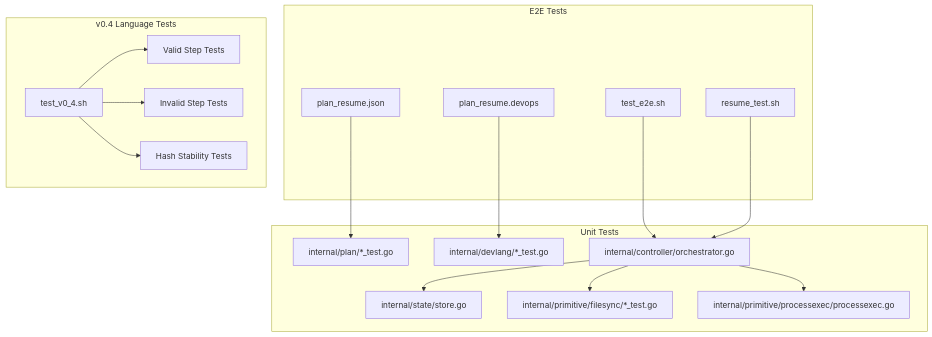
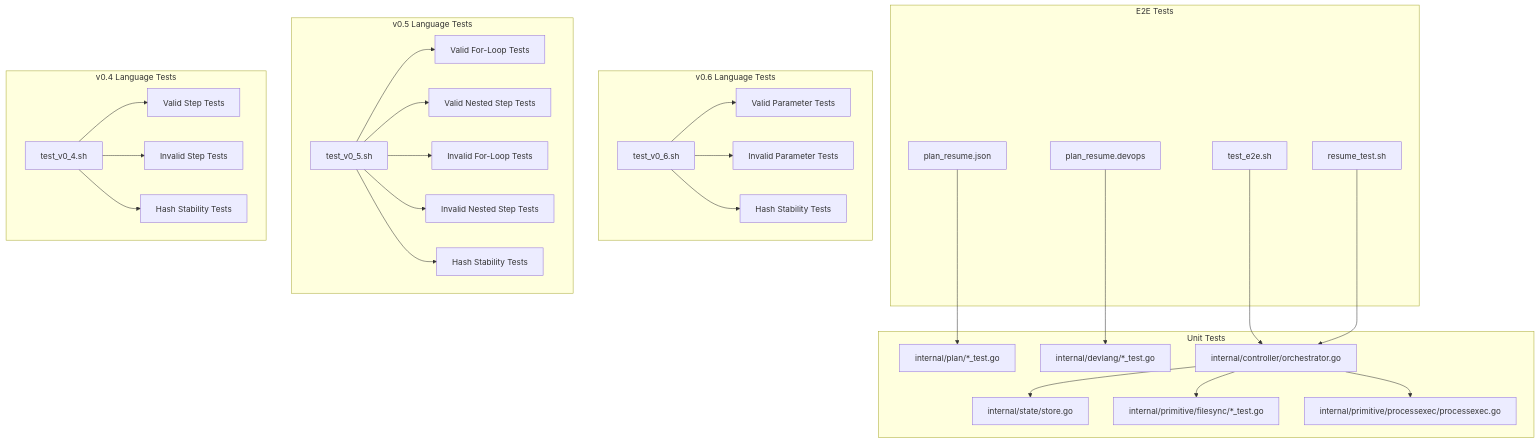
The first of 12 diagrams in .qoder/repowiki/en/content/Testing and Validation.md (ahmednour1430464/dotdevops), drawn with Mermaid before and after one commit. The commit also changed other lines of this file and 12 other files, not shown here.

First line of the commit message:
feat(devlang): add v0.5 for-loop and nested step support

````diff
--- a/.qoder/repowiki/en/content/Testing and Validation.md
+++ b/.qoder/repowiki/en/content/Testing and Validation.md
@@ -80,33 +108,55 @@
 ```mermaid
 graph TB
 subgraph "E2E Tests"
 T1["test_e2e.sh"]
 T2["resume_test.sh"]
 P1["plan_resume.devops"]
 P2["plan_resume.json"]
 end
+subgraph "v0.6 Language Tests"
+V1["test_v0_6.sh"]
+V2["Valid Parameter Tests"]
+V3["Invalid Parameter Tests"]
+V4["Hash Stability Tests"]
+end
+subgraph "v0.5 Language Tests"
+V5["test_v0_5.sh"]
+V6["Valid For-Loop Tests"]
+V7["Valid Nested Step Tests"]
+V8["Invalid For-Loop Tests"]
+V9["Invalid Nested Step Tests"]
+V10["Hash Stability Tests"]
+end
 subgraph "v0.4 Language Tests"
-V1["test_v0_4.sh"]
-V2["Valid Step Tests"]
-V3["Invalid Step Tests"]
-V4["Hash Stability Tests"]
+V11["test_v0_4.sh"]
+V12["Valid Step Tests"]
+V13["Invalid Step Tests"]
+V14["Hash Stability Tests"]
 end
 subgraph "Unit Tests"
 U1["internal/plan/*_test.go"]
 U2["internal/devlang/*_test.go"]
 U3["internal/controller/orchestrator.go"]
 U4["internal/state/store.go"]
 U5["internal/primitive/filesync/*_test.go"]
 U6["internal/primitive/processexec/processexec.go"]
 end
 T1 --> U3
 T2 --> U3
 P1 --> U2
 P2 --> U1
 V1 --> V2
 V1 --> V3
 V1 --> V4
+V5 --> V6
+V5 --> V7
+V5 --> V8
+V5 --> V9
+V5 --> V10
+V11 --> V12
+V11 --> V13
+V11 --> V14
 U3 --> U4
 U3 --> U5
 U3 --> U6
 ```
````
